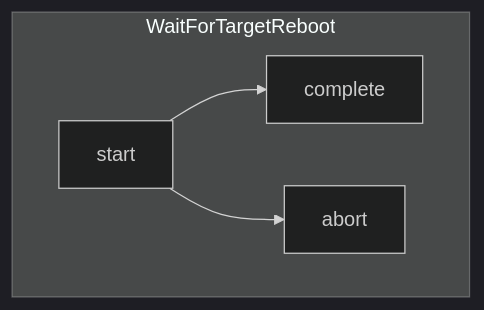
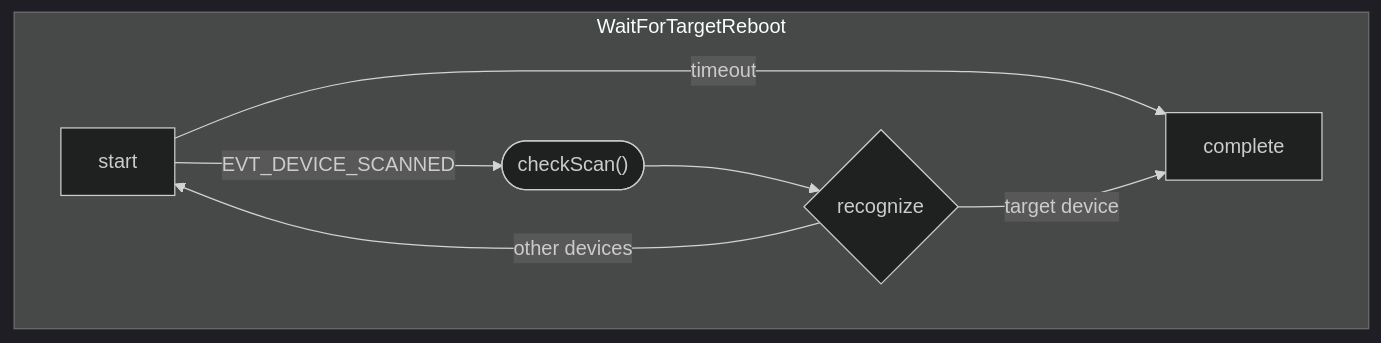
The fourth of 4 diagrams in docs/components/diagrams_temp.md (crownstone/bluenet), drawn with Mermaid (dark theme) before and after one commit. The commit also changed other lines of this file, not shown here.

Commit message:
finish waitForTargetReboot

````diff
--- a/docs/components/diagrams_temp.md
+++ b/docs/components/diagrams_temp.md
@@ -128,11 +126,14 @@
 ```mermaid
 flowchart TD;
     subgraph W["WaitForTargetReboot"]
         direction LR
         W_S[start]
         W_C[complete]
-        W_A[abort]
+        W_CHE(["checkScan()"])
 
-        W_S --> W_C & W_A
+        W_S -->|timeout| W_C
+        W_S -->|EVT_DEVICE_SCANNED| W_CHE
+        W_CHE --> W_O{recognize}-->|target device| W_C
+        W_O -->|other devices| W_S 
     end
 ```
````
